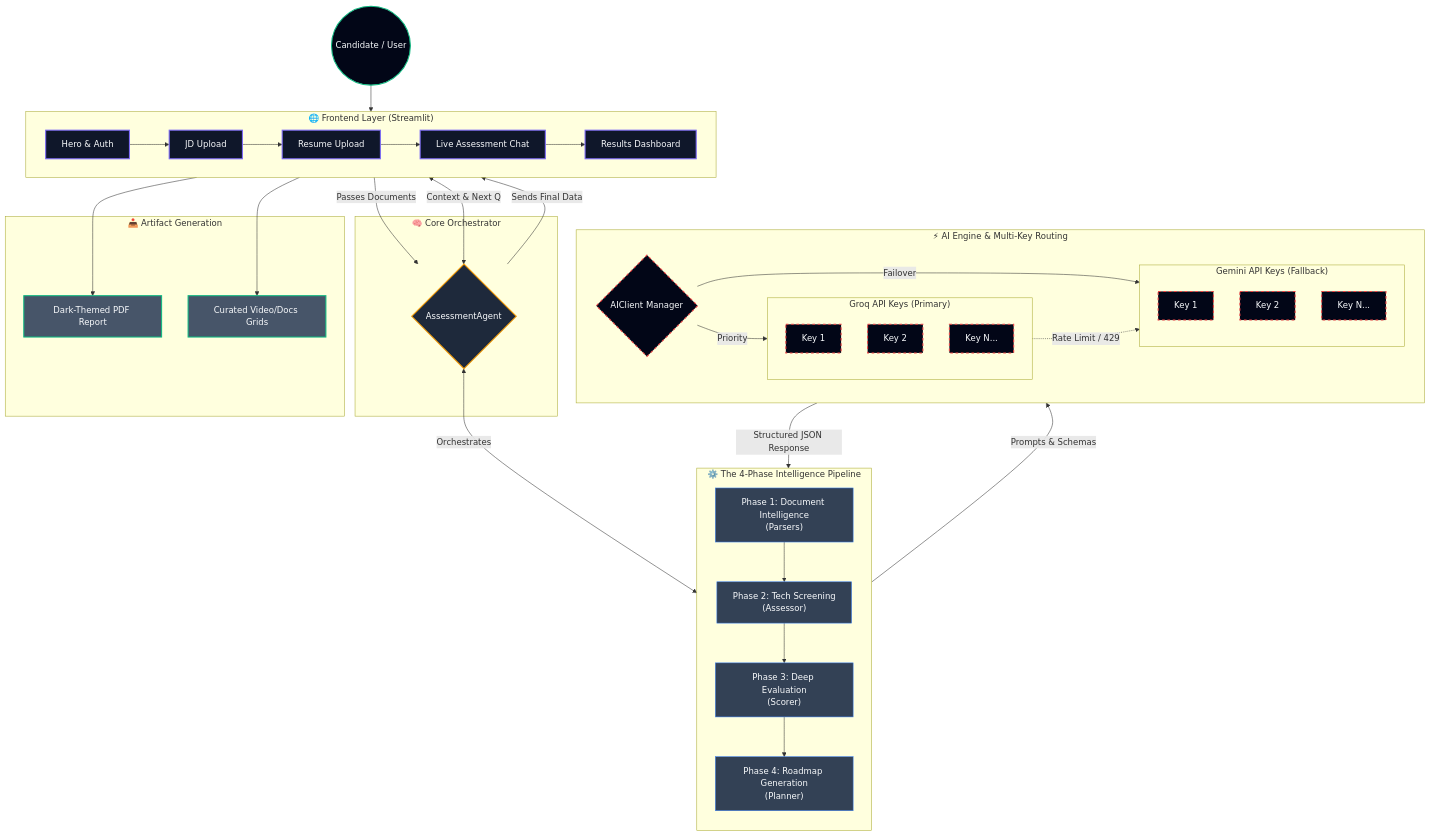
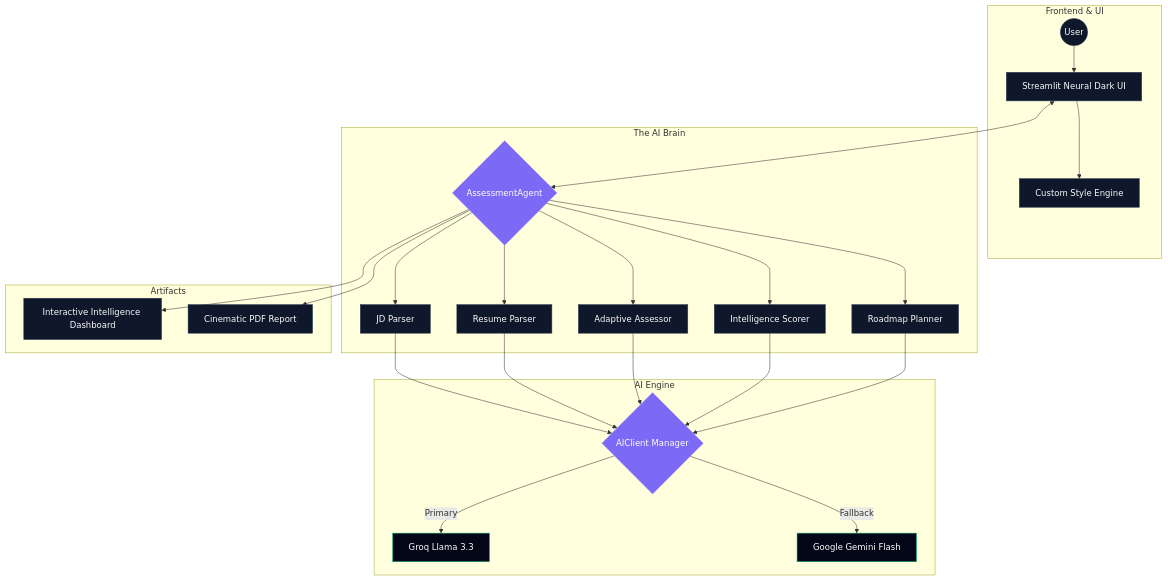
Before and after one commit to Yashthakre-07/Catalyst_Yash_Thakre: the first of 3 diagrams in README.md, drawn with Mermaid. The commit also changed other lines of this file and 3 other files, not shown here.

Commit message:
Center Neural Hire title on hero page and update styles

````diff
--- a/README.md
+++ b/README.md
@@ -85,79 +43,33 @@
 ```mermaid
-graph TD
-    %% Custom Styling for Neural Dark Theme
-    classDef userNode fill:#020617,stroke:#10B981,stroke-width:2px,color:#F8FAFC
-    classDef uiLayer fill:#0F172A,stroke:#7C6AF7,stroke-width:2px,color:#F8FAFC
-    classDef coreEngine fill:#1E293B,stroke:#F59E0B,stroke-width:2px,color:#F8FAFC
-    classDef pipelineLayer fill:#334155,stroke:#3B82F6,stroke-width:1px,color:#F8FAFC
-    classDef backendLayer fill:#020617,stroke:#EF4444,stroke-width:2px,stroke-dasharray: 5 5,color:#F8FAFC
-    classDef outputLayer fill:#475569,stroke:#10B981,stroke-width:2px,color:#F8FAFC
-
-    %% User Interaction
-    U((Candidate / User)):::userNode
-    
-    %% Streamlit UI Layer
-    subgraph UILayer ["🌐 Frontend Layer (Streamlit)"]
-        direction LR
-        Step1[Hero & Auth]:::uiLayer --> Step2[JD Upload]:::uiLayer
-        Step2 --> Step3[Resume Upload]:::uiLayer
-        Step3 --> Step4[Live Assessment Chat]:::uiLayer
-        Step4 --> Step5[Results Dashboard]:::uiLayer
-    end
-    
-    U --> Step1
-    
-    %% Core Engine
-    subgraph OrchestratorLayer ["🧠 Core Orchestrator"]
-        Agent{AssessmentAgent}:::coreEngine
-    end
-    
-    Step3 -- Passes Documents --> Agent
-    Step4 <--> |Context & Next Q| Agent
-    Agent -- Sends Final Data --> Step5
-
-    %% 4-Phase Pipeline Modules
-    subgraph PipelineLayer ["⚙️ The 4-Phase Intelligence Pipeline"]
-        direction TB
-        P1["Phase 1: Document Intelligence<br>(Parsers)"]:::pipelineLayer
-        P2["Phase 2: Tech Screening<br>(Assessor)"]:::pipelineLayer
-        P3["Phase 3: Deep Evaluation<br>(Scorer)"]:::pipelineLayer
-        P4["Phase 4: Roadmap Generation<br>(Planner)"]:::pipelineLayer
-        
-        P1 --> P2 --> P3 --> P4
+flowchart TD
+    subgraph Client_Layer [Frontend & UI]
+        User((User)) --> UI[Streamlit Neural Dark UI]
+        UI --> CSS[Custom Style Engine]
     end
 
-    Agent <--> |Orchestrates| PipelineLayer
-
-    %% AI Engine & Rotation
-    subgraph AIBackend ["⚡ AI Engine & Multi-Key Routing"]
-        Client{AIClient Manager}:::backendLayer
-        
-        subgraph GroqKeys ["Groq API Keys (Primary)"]
-            G1[Key 1]:::backendLayer
-            G2[Key 2]:::backendLayer
-            G3[Key N...]:::backendLayer
-        end
-        
-        subgraph GeminiKeys ["Gemini API Keys (Fallback)"]
-            Gem1[Key 1]:::backendLayer
-            Gem2[Key 2]:::backendLayer
-            Gem3[Key N...]:::backendLayer
-        end
-        
-        Client -->|Priority| GroqKeys
-        Client -->|Failover| GeminiKeys
-        GroqKeys -.->|Rate Limit / 429| GeminiKeys
+    subgraph Orchestration_Layer [The AI Brain]
+        UI <--> Agent{AssessmentAgent}
+        Agent --> P_JD[JD Parser]
+        Agent --> P_RES[Resume Parser]
+        Agent --> ASS[Adaptive Assessor]
+        Agent --> SCO[Intelligence Scorer]
+        Agent --> PLN[Roadmap Planner]
     end
 
-    PipelineLayer --> |Prompts & Schemas| AIBackend
-    AIBackend --> |Structured JSON Response| PipelineLayer
-    
-    %% Output & Artifacts
-    subgraph OutputLayer ["📥 Artifact Generation"]
-        PDF["Dark-Themed PDF Report"]:::outputLayer
-        Resources["Curated Video/Docs Grids"]:::outputLayer
+    subgraph Intelligence_Layer [AI Engine]
+        P_JD & P_RES & ASS & SCO & PLN --> Router{AIClient Manager}
+        Router -->|Primary| Groq[Groq Llama 3.3]
+        Router -->|Fallback| Gemini[Google Gemini Flash]
     end
-    
-    Step5 --> PDF
-    Step5 --> Resources
+
+    subgraph Output_Layer [Artifacts]
+        Agent --> Dashboard[Interactive Intelligence Dashboard]
+        Agent --> PDF[Cinematic PDF Report]
+    end
+
+    classDef default fill:#0f172a,stroke:#334155,color:#f8fafc
+    classDef highlight fill:#7c6af7,stroke:#a78bfa,color:#fff
+    classDef engine fill:#020617,stroke:#10b981,color:#fff
+    class Agent,Router highlight
+    class Groq,Gemini engine
 ```
````
